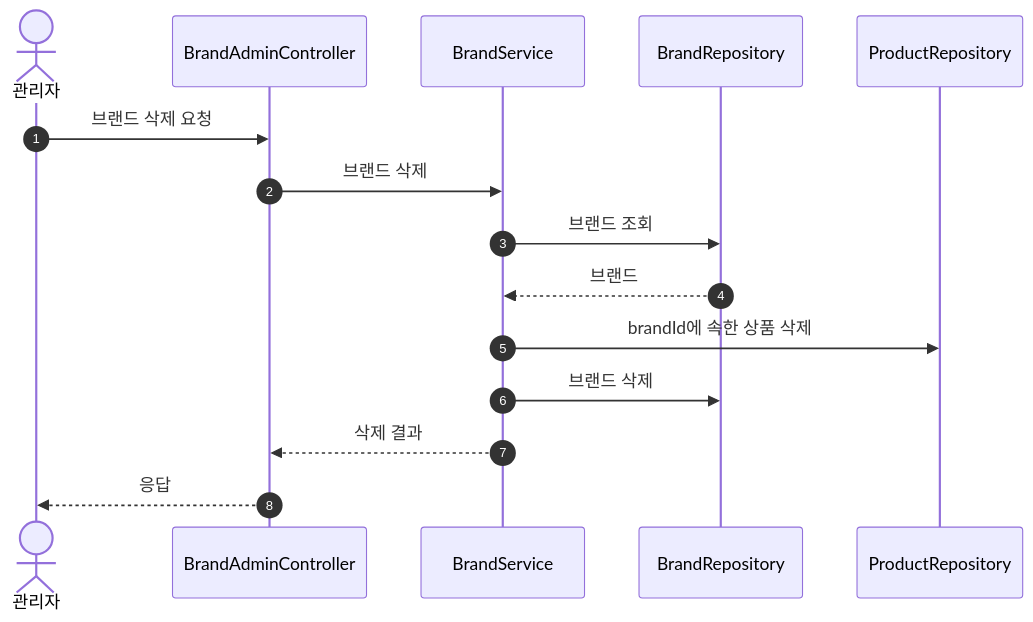
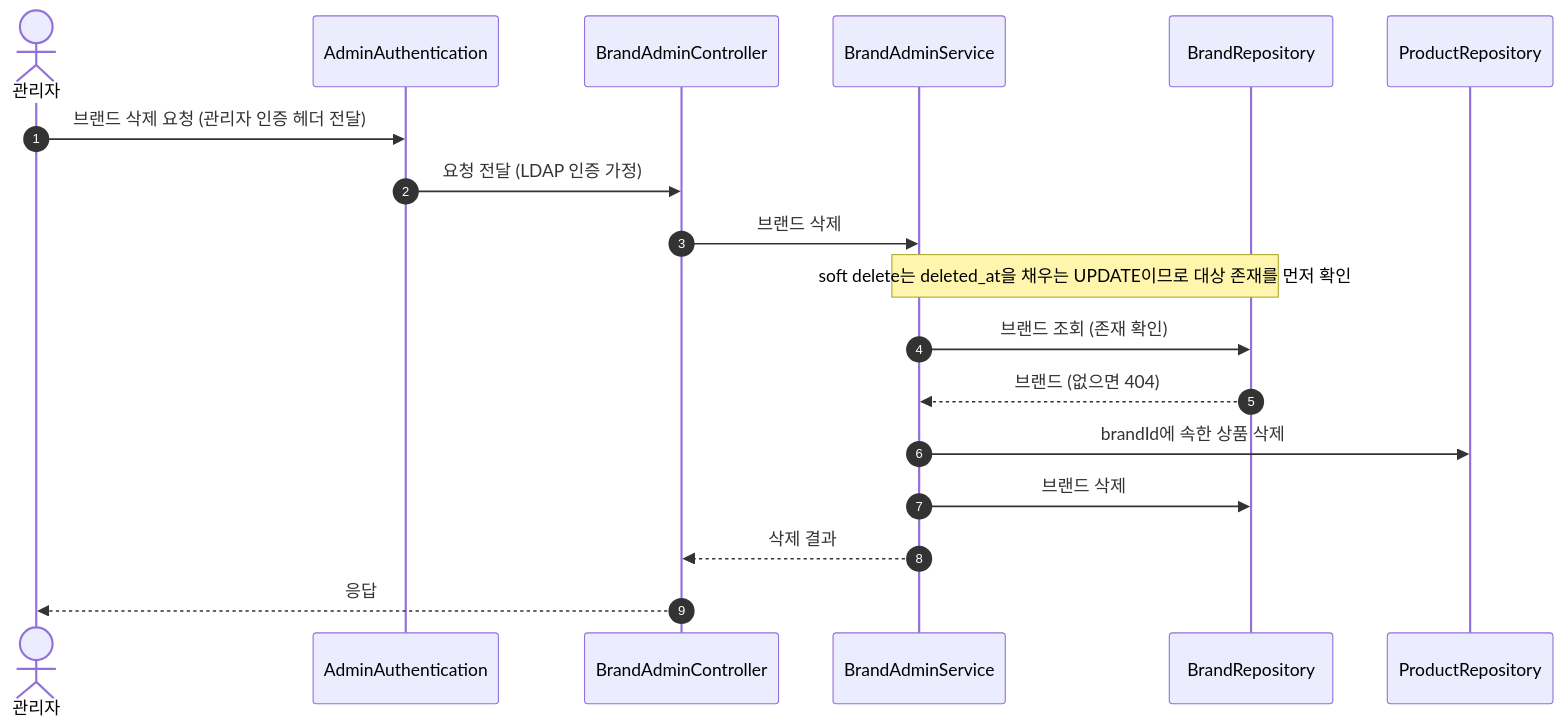
One commit to loopers-labs/loop-pack-be-l2-vol4-java changed the sixth of 17 diagrams in docs/week2/02-sequence-diagrams.md. Above: the diagram before and after it, drawn with Mermaid. The commit also changed other lines of this file and 3 other files, not shown here.

````diff
--- a/docs/week2/02-sequence-diagrams.md
+++ b/docs/week2/02-sequence-diagrams.md
@@ -140,18 +142,21 @@
 ```mermaid
 sequenceDiagram
     autonumber
     actor Admin as 관리자
+    participant Auth as AdminAuthentication
     participant Controller as BrandAdminController
-    participant Service as BrandService
+    participant Service as BrandAdminService
     participant BrandRepository as BrandRepository
     participant ProductRepository as ProductRepository
 
-    Admin->>Controller: 브랜드 삭제 요청
+    Admin->>Auth: 브랜드 삭제 요청 (관리자 인증 헤더 전달)
+    Auth->>Controller: 요청 전달 (LDAP 인증 가정)
     Controller->>Service: 브랜드 삭제
-    Service->>BrandRepository: 브랜드 조회
-    BrandRepository-->>Service: 브랜드
+    Note over Service,BrandRepository: soft delete는 deleted_at을 채우는 UPDATE이므로 대상 존재를 먼저 확인
+    Service->>BrandRepository: 브랜드 조회 (존재 확인)
+    BrandRepository-->>Service: 브랜드 (없으면 404)
     Service->>ProductRepository: brandId에 속한 상품 삭제
     Service->>BrandRepository: 브랜드 삭제
     Service-->>Controller: 삭제 결과
     Controller-->>Admin: 응답
 ```
````
